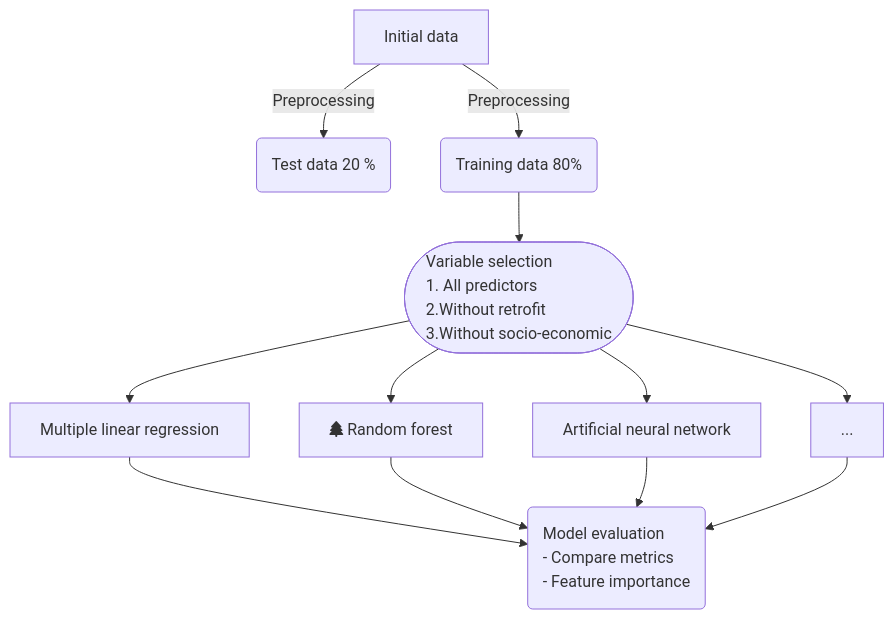
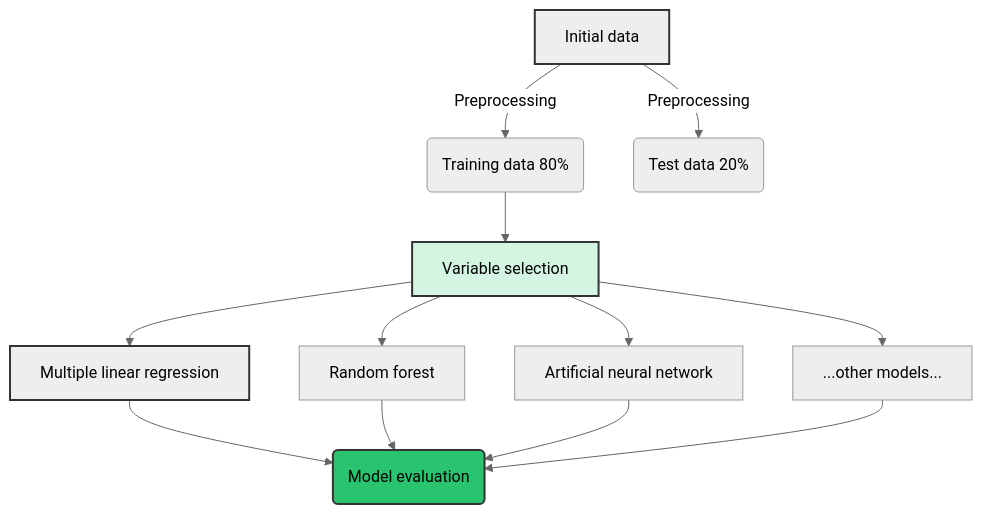
One commit to lucahuesler/masterthesis_energy changed the first of 3 diagrams in 03-Methodology.qmd. Above: the diagram before and after it, drawn with Mermaid. The commit also changed other lines of this file, not shown here.

Commit message:
Added data source table and enhanced diagrams

````diff
--- a/03-Methodology.qmd
+++ b/03-Methodology.qmd
@@ -33,17 +53,23 @@
 ```{mermaid}
-
+%%| fig-cap: "Step 1: Model exploration."
+%%| label: fig-model-exploration
+%%| fig-width: 6
+%%{init: {'theme': 'neutral'}}%%
 graph TD
-    A[Initial data] -->|Preprocessing| B(Test data 20 %)
-    A[Initial data] -->|Preprocessing| C(Training data 80%)
-    C --> D([Variable selection<br>1. All predictors<br>2.Without retrofit<br>3.Without socio-economic])
-    style D text-align:left
+    A[Initial data] -->|Preprocessing| B(Training data 80%)
+    A -->|Preprocessing| C(Test data 20%) 
+    style A B C fill:#f7cac9,stroke:#333,stroke-width:2px
+    B --> D[Variable selection]
     D --> E[Multiple linear regression]
-    D --> F[fa:fa-tree Random forest]
+    D --> F[Random forest]
     D --> G[Artificial neural network]
-    D --> H[...]
-    E --> I(Model evaluation <br> - Compare metrics <br> - Feature importance) 
+    D --> H[...other models...]
+    E --> I(Model evaluation) 
     F --> I 
     G --> I
     H --> I 
-    style I text-align:left
+    style D fill:#d5f5e3,stroke:#333,stroke-width:2px
+    style E F G H fill:#fff2cc,stroke:#333,stroke-width:2px
+    style I fill:#2ac470,stroke:#333,stroke-width:2px
+
 ```
````
